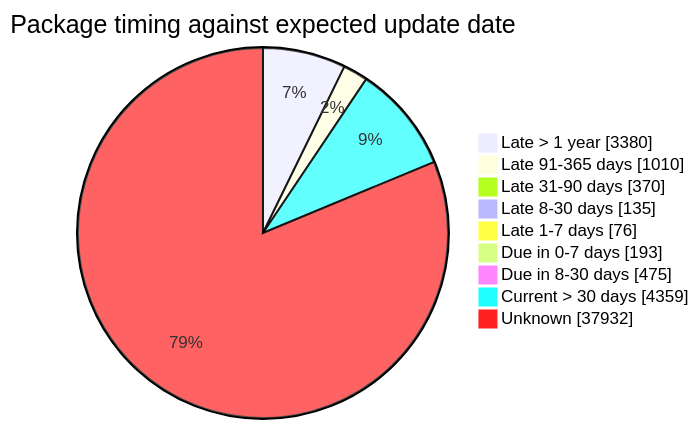
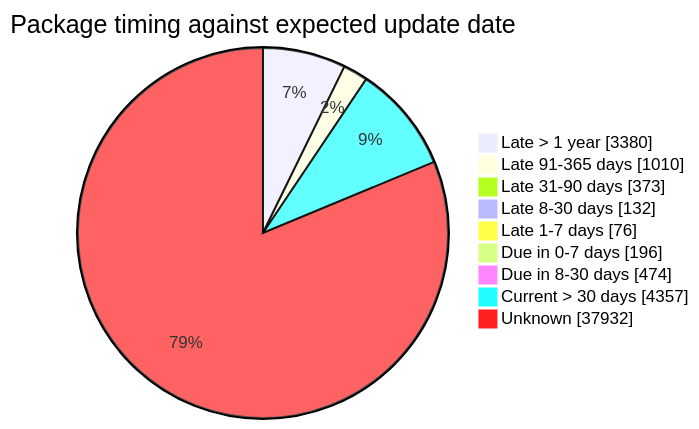
One commit to open-data/analytics-corporate-reporting changed the fourth of 5 diagrams in FreshCheck/README.md. Above: the diagram before and after it, drawn with Mermaid. The commit also changed other lines of this file and 3 other files, not shown here.

````diff
--- a/FreshCheck/README.md
+++ b/FreshCheck/README.md
@@ -86,12 +86,12 @@
 ```mermaid
 pie showData title Package timing against expected update date
     "Late > 1 year": 3380
     "Late 91-365 days": 1010
-    "Late 31-90 days": 370
-    "Late 8-30 days": 135
+    "Late 31-90 days": 373
+    "Late 8-30 days": 132
     "Late 1-7 days": 76
-    "Due in 0-7 days": 193
-    "Due in 8-30 days": 475
-    "Current > 30 days": 4359
+    "Due in 0-7 days": 196
+    "Due in 8-30 days": 474
+    "Current > 30 days": 4357
     "Unknown": 37932
 ```
````
